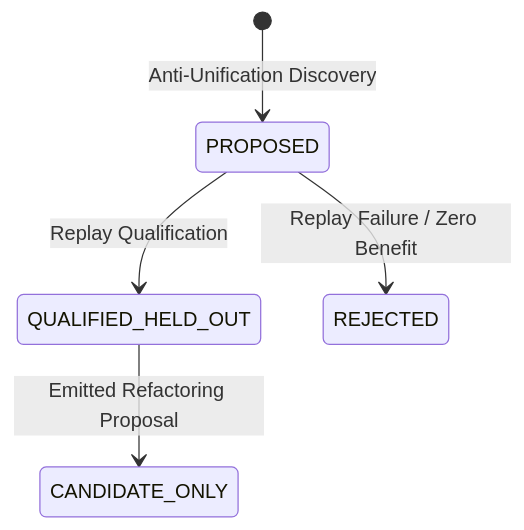
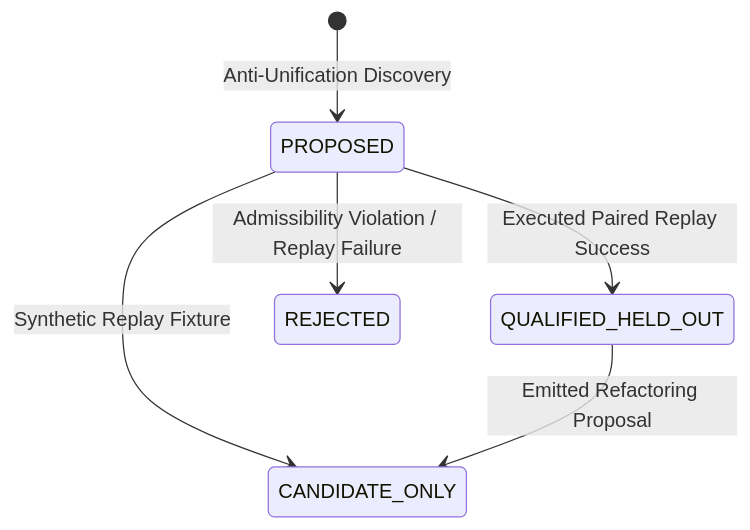
Before and after one commit to Miskatonic-System/msk-formal-discovery: the diagram in docs/ABSTRACTION_MODEL.md, drawn with Mermaid. The commit also changed other lines of this file and 28 other files, not shown here.

````diff
--- a/docs/ABSTRACTION_MODEL.md
+++ b/docs/ABSTRACTION_MODEL.md
@@ -79,7 +121,8 @@
 ```mermaid
 stateDiagram-v2
     [*] --> PROPOSED : Anti-Unification Discovery
-    PROPOSED --> QUALIFIED_HELD_OUT : Replay Qualification
-    PROPOSED --> REJECTED : Replay Failure / Zero Benefit
+    PROPOSED --> QUALIFIED_HELD_OUT : Executed Paired Replay Success
+    PROPOSED --> CANDIDATE_ONLY : Synthetic Replay Fixture
+    PROPOSED --> REJECTED : Admissibility Violation / Replay Failure
     QUALIFIED_HELD_OUT --> CANDIDATE_ONLY : Emitted Refactoring Proposal
 ```
````
